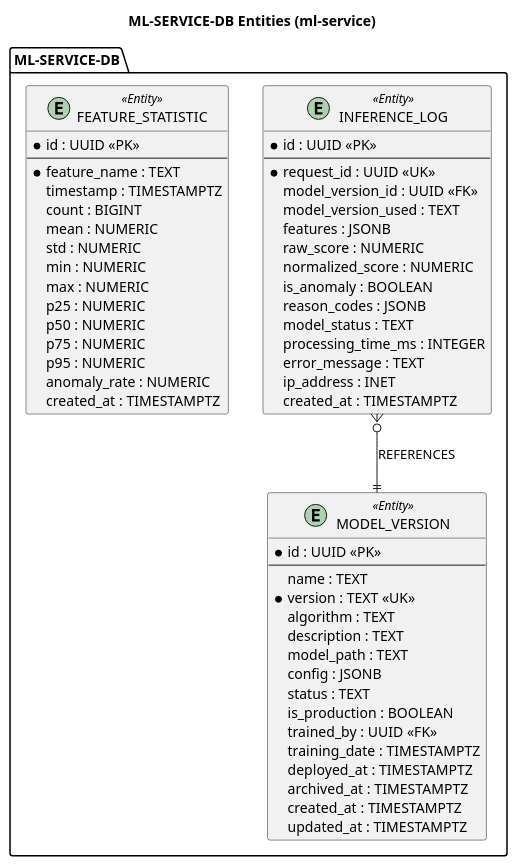
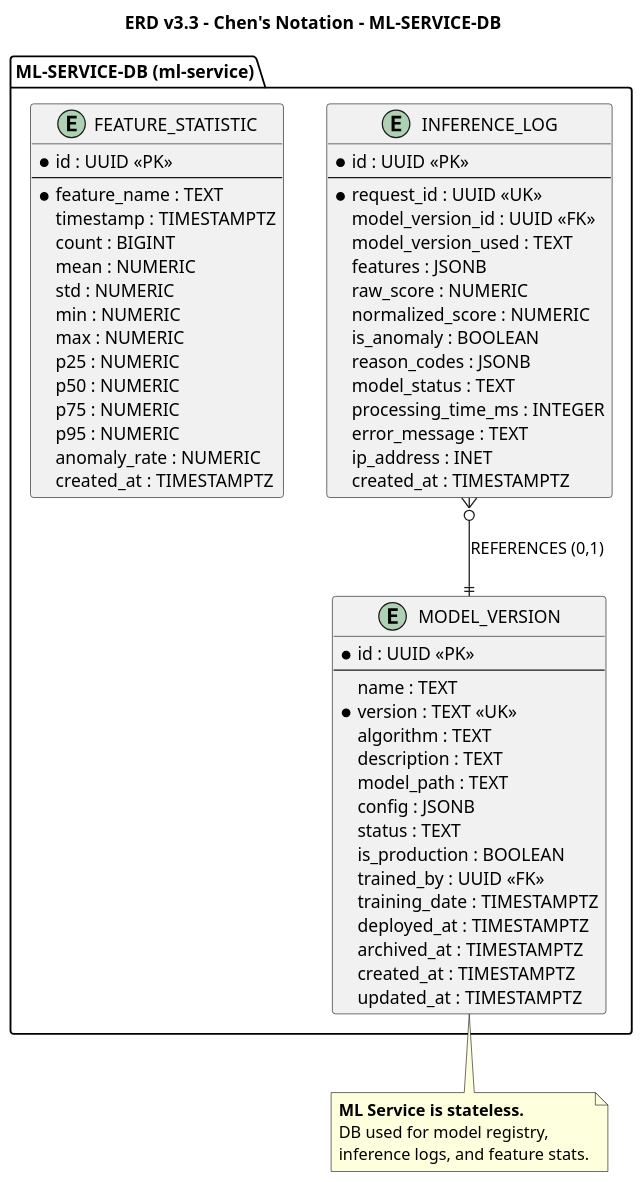
The third of 3 diagrams in docs/diagrams/ERD_Chen_v3.3.puml (Albert-Tuan/sentinel-auth), drawn with PlantUML before and after one commit. The commit also changed other lines of this file, not shown here.

First line of the commit message:
fix: correct PlantUML syntax for Chen's notation ERD

```diff
--- a/docs/diagrams/ERD_Chen_v3.3.puml
+++ b/docs/diagrams/ERD_Chen_v3.3.puml
@@ -426,74 +381,87 @@
 @startuml ERD_Chen_v3.3_ml
+' =============================================================================
+' ERD v3.3 - Chen's Notation - ML-SERVICE-DB
+' Sentinel Auth - ML Service Database
+' =============================================================================
 
-title **ML-SERVICE-DB Entities (ml-service)**
+title ERD v3.3 - Chen's Notation - <b>ML-SERVICE-DB</b>
 
-package "ML-SERVICE-DB" {
+skinparam dpi 120
+skinparam shadowing false
 
-    entity "MODEL_VERSION" as model_version <<Entity>> {
+' ------------------------------------------------------------------------------
+' ML-SERVICE-DB ENTITIES
+' ------------------------------------------------------------------------------
+
+package "ML-SERVICE-DB (ml-service)" {
+
+    entity "MODEL_VERSION" as model_version {
         * id : UUID <<PK>>
         --
         name : TEXT
         * version : TEXT <<UK>>
         algorithm : TEXT
         description : TEXT
         model_path : TEXT
         config : JSONB
         status : TEXT
         is_production : BOOLEAN
         trained_by : UUID <<FK>>
         training_date : TIMESTAMPTZ
         deployed_at : TIMESTAMPTZ
         archived_at : TIMESTAMPTZ
         created_at : TIMESTAMPTZ
         updated_at : TIMESTAMPTZ
     }
 
-    entity "INFERENCE_LOG" as inference_log <<Entity>> {
+    entity "INFERENCE_LOG" as inference_log {
         * id : UUID <<PK>>
         --
         * request_id : UUID <<UK>>
         model_version_id : UUID <<FK>>
         model_version_used : TEXT
         features : JSONB
         raw_score : NUMERIC
         normalized_score : NUMERIC
         is_anomaly : BOOLEAN
         reason_codes : JSONB
         model_status : TEXT
         processing_time_ms : INTEGER
         error_message : TEXT
         ip_address : INET
         created_at : TIMESTAMPTZ
     }
 
-    entity "FEATURE_STATISTIC" as feature_statistic <<Entity>> {
+    entity "FEATURE_STATISTIC" as feature_statistic {
         * id : UUID <<PK>>
         --
         * feature_name : TEXT
         timestamp : TIMESTAMPTZ
         count : BIGINT
         mean : NUMERIC
         std : NUMERIC
         min : NUMERIC
         max : NUMERIC
         p25 : NUMERIC
         p50 : NUMERIC
         p75 : NUMERIC
         p95 : NUMERIC
         anomaly_rate : NUMERIC
         created_at : TIMESTAMPTZ
     }
 
 }
 
-' ==============================================================================
-' ML-SERVICE-DB RELATIONSHIPS (Chen Notation)
-' ==============================================================================
+' ------------------------------------------------------------------------------
+' ML-SERVICE-DB RELATIONSHIPS (Chen Notation with cardinality)
+' ------------------------------------------------------------------------------
 
-' Inference Log references Model Version (FK, same DB)
-inference_log }o--|| model_version : "REFERENCES"
+inference_log }o--|| model_version : "REFERENCES (0,1)"
 
-' Detection Engine calls ML Service (HTTP - no FK relationship shown)
-' This is a cross-service call, represented as dashed line
+note bottom of model_version
+  **ML Service is stateless.**
+  DB used for model registry,
+  inference logs, and feature stats.
+end note
 
 @enduml
```
